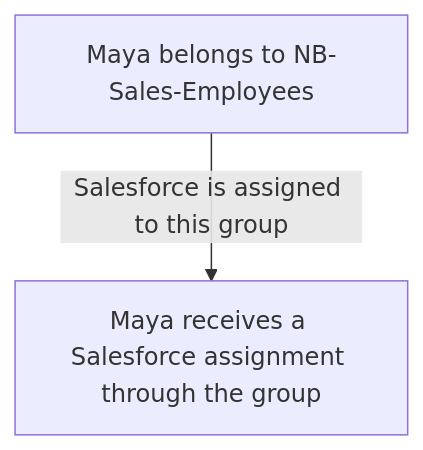
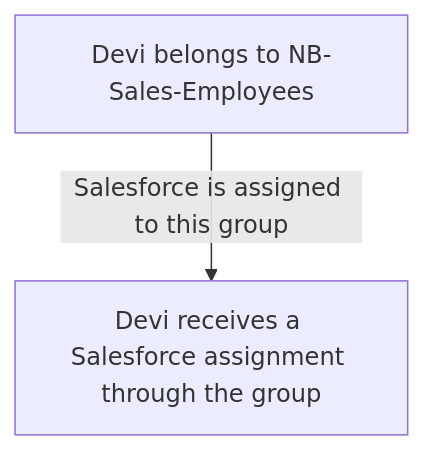
One commit to TedxHarry/Okta_Theory_Teaching changed the first of 2 diagrams in lessons/day-05-groups-and-assignments.md. Above: the diagram before and after it, drawn with Mermaid. The commit also changed other lines of this file and 164 other files, not shown here.

Commit message:
Rename course character Maya to Devi throughout all learning materials

````diff
--- a/lessons/day-05-groups-and-assignments.md
+++ b/lessons/day-05-groups-and-assignments.md
@@ -27,4 +27,4 @@
 ```mermaid
 flowchart TD
-  A["Maya belongs to NB-Sales-Employees"] -->|"Salesforce is assigned to this group"| B["Maya receives a Salesforce assignment through the group"]
+  A["Devi belongs to NB-Sales-Employees"] -->|"Salesforce is assigned to this group"| B["Devi receives a Salesforce assignment through the group"]
 ```
````
